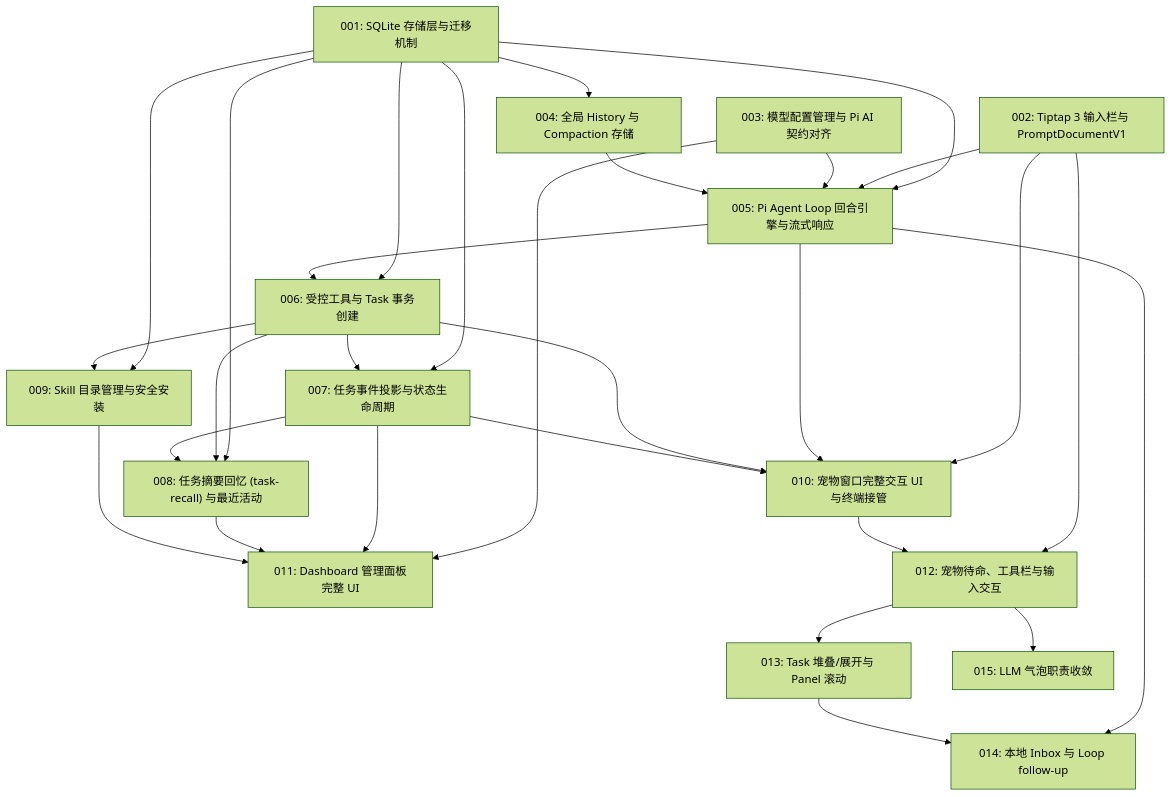
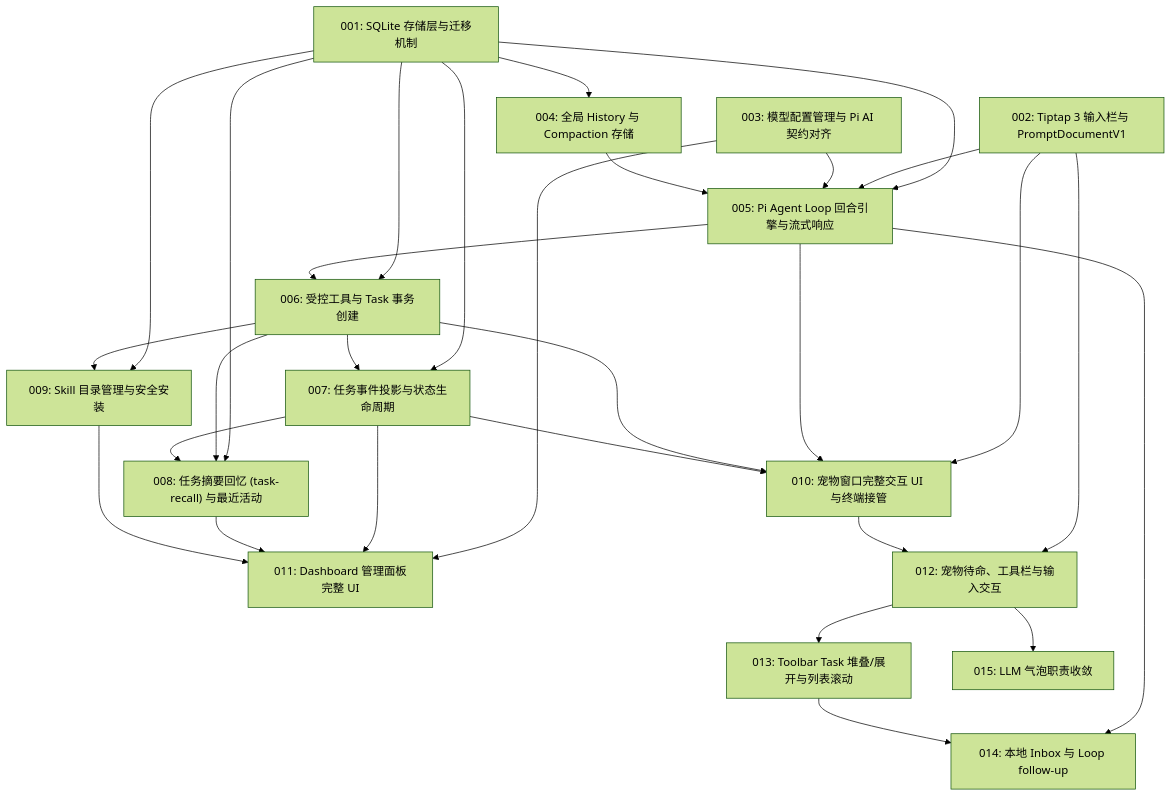
The diagram in docs/tickets/m2/README.md (edisonLzy/Rover), drawn with Mermaid (forest theme) before and after one commit. The commit also changed other lines of this file and 34 other files, not shown here.

````diff
--- a/docs/tickets/m2/README.md
+++ b/docs/tickets/m2/README.md
@@ -12,56 +12,56 @@
 ```mermaid
 flowchart TD
   T001["001: SQLite 存储层与迁移机制"]
   T002["002: Tiptap 3 输入栏与 PromptDocumentV1"]
   T003["003: 模型配置管理与 Pi AI 契约对齐"]
 
   T004["004: 全局 History 与 Compaction 存储"]
   T001 --> T004
 
   T005["005: Pi Agent Loop 回合引擎与流式响应"]
   T001 --> T005
   T002 --> T005
   T003 --> T005
   T004 --> T005
 
 
   T006["006: 受控工具与 Task 事务创建"]
   T001 --> T006
   T005 --> T006
 
   T007["007: 任务事件投影与状态生命周期"]
   T001 --> T007
   T006 --> T007
 
   T008["008: 任务摘要回忆 (task-recall) 与最近活动"]
   T001 --> T008
   T006 --> T008
   T007 --> T008
 
   T009["009: Skill 目录管理与安全安装"]
   T001 --> T009
   T006 --> T009
 
   T010["010: 宠物窗口完整交互 UI 与终端接管"]
   T002 --> T010
   T005 --> T010
   T006 --> T010
   T007 --> T010
 
   T011["011: Dashboard 管理面板完整 UI"]
   T003 --> T011
   T007 --> T011
   T008 --> T011
   T009 --> T011
 
   T012["012: 宠物待命、工具栏与输入交互"]
   T002 --> T012
   T010 --> T012
-  T013["013: Task 堆叠/展开与 Panel 滚动"]
+  T013["013: Toolbar Task 堆叠/展开与列表滚动"]
   T012 --> T013
   T014["014: 本地 Inbox 与 Loop follow-up"]
   T005 --> T014
   T013 --> T014
   T015["015: LLM 气泡职责收敛"]
   T012 --> T015
 ```
````
